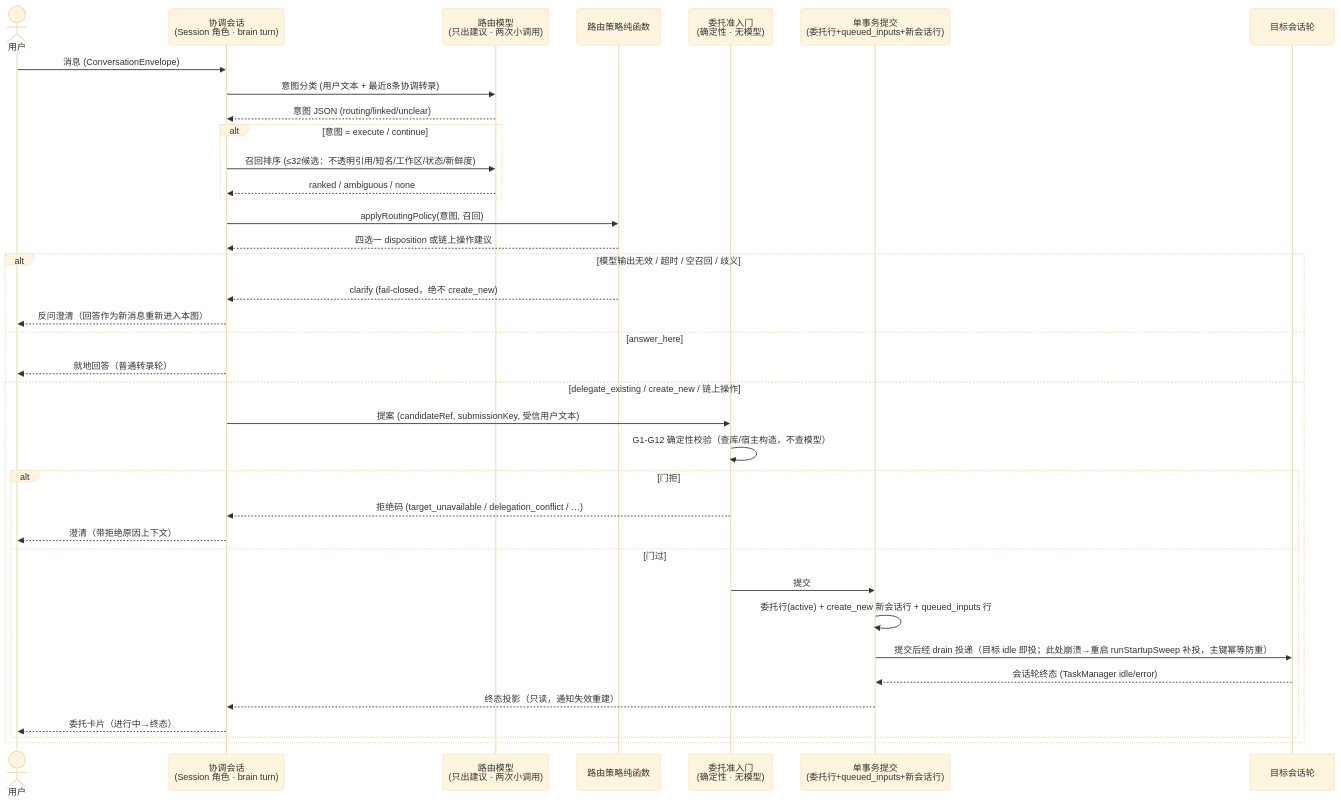
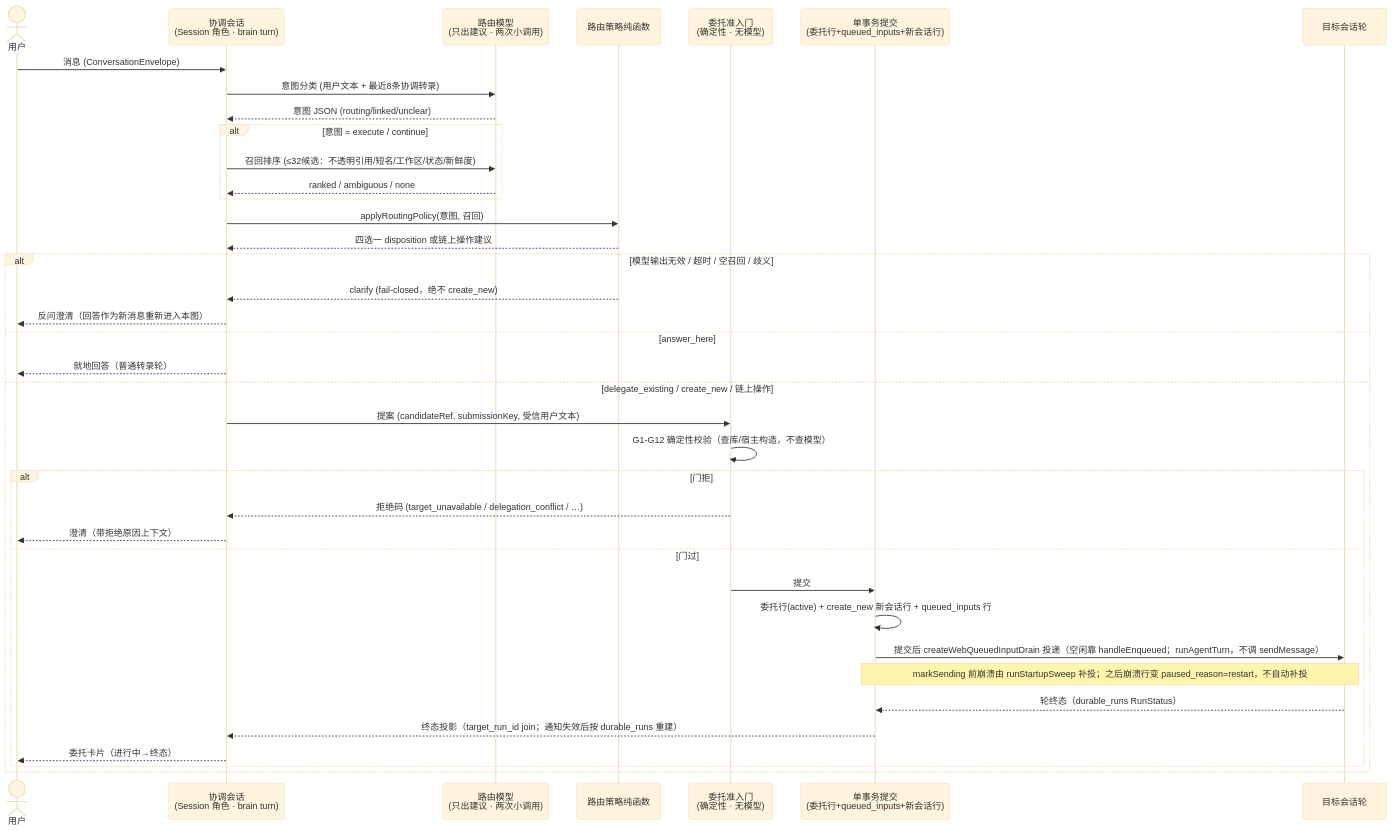
The second of 3 diagrams in docs/architecture/decisions/ADR-072-cross-session-coordination.md (baochipham942-eng/code-agent), drawn with Mermaid (base theme) before and after one commit. The commit also changed other lines of this file, not shown here.

Commit message:
docs(adr): ADR-072 R2 — real queued-input drain owner, delegation authority + recheck-at-delivery, durable_runs projection restored (N-WORKHUB-ADR)

````diff
--- a/docs/architecture/decisions/ADR-072-cross-session-coordination.md
+++ b/docs/architecture/decisions/ADR-072-cross-session-coordination.md
@@ -79,40 +81,41 @@
 ```mermaid
 sequenceDiagram
     actor U as 用户
     participant C as 协调会话<br>(Session 角色 · brain turn)
     participant R as 路由模型<br>(只出建议 · 两次小调用)
     participant P as 路由策略纯函数
     participant G as 委托准入门<br>(确定性 · 无模型)
     participant D as 单事务提交<br>(委托行+queued_inputs+新会话行)
     participant T as 目标会话轮
 
     U->>C: 消息 (ConversationEnvelope)
     C->>R: 意图分类 (用户文本 + 最近8条协调转录)
     R-->>C: 意图 JSON (routing/linked/unclear)
     alt 意图 = execute / continue
         C->>R: 召回排序 (≤32候选：不透明引用/短名/工作区/状态/新鲜度)
         R-->>C: ranked / ambiguous / none
     end
     C->>P: applyRoutingPolicy(意图, 召回)
     P-->>C: 四选一 disposition 或链上操作建议
     alt 模型输出无效 / 超时 / 空召回 / 歧义
         P-->>C: clarify (fail-closed，绝不 create_new)
         C-->>U: 反问澄清（回答作为新消息重新进入本图）
     else answer_here
         C-->>U: 就地回答（普通转录轮）
     else delegate_existing / create_new / 链上操作
         C->>G: 提案 (candidateRef, submissionKey, 受信用户文本)
         G->>G: G1-G12 确定性校验（查库/宿主构造，不查模型）
         alt 门拒
             G-->>C: 拒绝码 (target_unavailable / delegation_conflict / …)
             C-->>U: 澄清（带拒绝原因上下文）
         else 门过
             G->>D: 提交
             D->>D: 委托行(active) + create_new 新会话行 + queued_inputs 行
-            D->>T: 提交后经 drain 投递（目标 idle 即投；此处崩溃→重启 runStartupSweep 补投，主键幂等防重）
-            T-->>D: 会话轮终态 (TaskManager idle/error)
-            D-->>C: 终态投影（只读，通知失效重建）
+            D->>T: 提交后 createWebQueuedInputDrain 投递（空闲靠 handleEnqueued；runAgentTurn，不调 sendMessage）
+            Note over D,T: markSending 前崩溃由 runStartupSweep 补投；之后崩溃行变 paused_reason=restart，不自动补投
+            T-->>D: 轮终态（durable_runs RunStatus）
+            D-->>C: 终态投影（target_run_id join；通知失效后按 durable_runs 重建）
             C-->>U: 委托卡片（进行中→终态）
         end
     end
 ```
````
